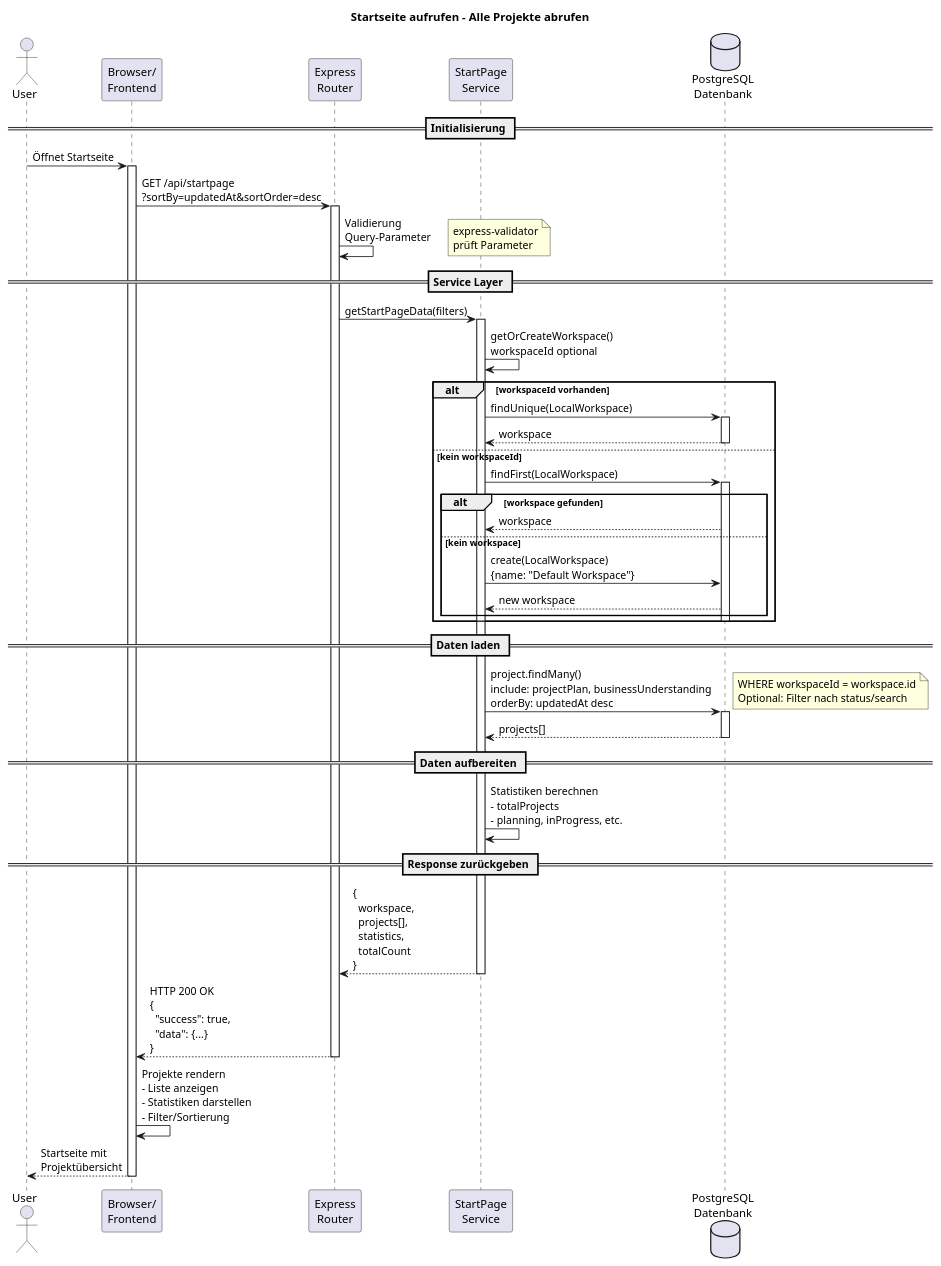
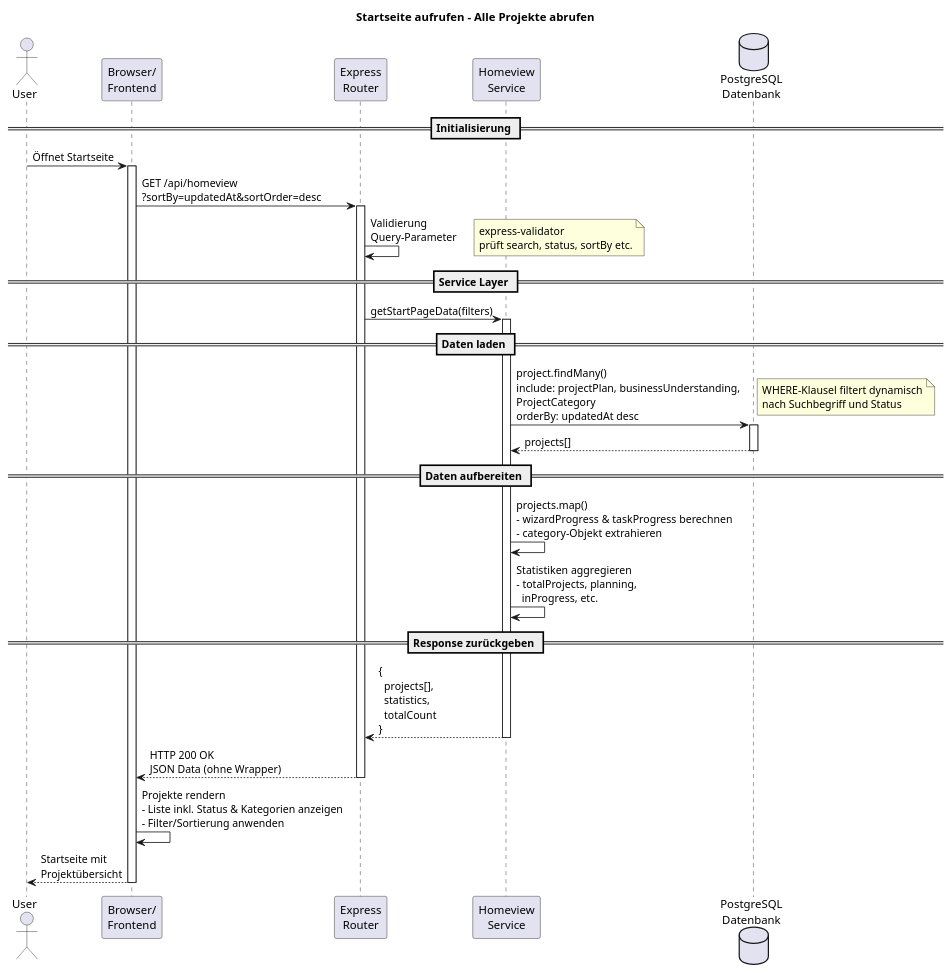
One commit to SoftwareprojektWIF25-26/Softwareprojekt changed the diagram in backend/diagramme/userfetchprojekts.puml. Above: the diagram before and after it, drawn with PlantUML. The commit also changed 16 other files, not shown here.

Commit message:
Anpassung an Tests und Diagrammen

```diff
--- a/backend/diagramme/userfetchprojekts.puml
+++ b/backend/diagramme/userfetchprojekts.puml
@@ -1,71 +1,52 @@
 @startuml
 title Startseite aufrufen - Alle Projekte abrufen
 
 actor "User" as user
 participant "Browser/\nFrontend" as browser
 participant "Express\nRouter" as router
-participant "StartPage\nService" as service
+participant "Homeview\nService" as service
 database "PostgreSQL\nDatenbank" as db
 
 == Initialisierung ==
 
 user -> browser: Öffnet Startseite
 activate browser
 
-browser -> router: GET /api/startpage\n?sortBy=updatedAt&sortOrder=desc
+browser -> router: GET /api/homeview\n?sortBy=updatedAt&sortOrder=desc
 activate router
 
 router -> router: Validierung\nQuery-Parameter
-note right: express-validator\nprüft Parameter
+note right: express-validator\nprüft search, status, sortBy etc.
 
 == Service Layer ==
 
 router -> service: getStartPageData(filters)
 activate service
 
-service -> service: getOrCreateWorkspace()\nworkspaceId optional
-
-alt workspaceId vorhanden
-    service -> db: findUnique(LocalWorkspace)
-    activate db
-    db --> service: workspace
-    deactivate db
-else kein workspaceId
-    service -> db: findFirst(LocalWorkspace)
-    activate db
-    alt workspace gefunden
-        db --> service: workspace
-    else kein workspace
-        service -> db: create(LocalWorkspace)\n{name: "Default Workspace"}
-        db --> service: new workspace
-    end
-    deactivate db
-end
-
 == Daten laden ==
 
-service -> db: project.findMany()\ninclude: projectPlan, businessUnderstanding\norderBy: updatedAt desc
+service -> db: project.findMany()\ninclude: projectPlan, businessUnderstanding,\nProjectCategory\norderBy: updatedAt desc
 activate db
-note right: WHERE workspaceId = workspace.id\nOptional: Filter nach status/search
+note right: WHERE-Klausel filtert dynamisch\nnach Suchbegriff und Status
 db --> service: projects[]
 deactivate db
 
 == Daten aufbereiten ==
 
-
-service -> service: Statistiken berechnen\n- totalProjects\n- planning, inProgress, etc.
+service -> service: projects.map()\n- wizardProgress & taskProgress berechnen\n- category-Objekt extrahieren
+service -> service: Statistiken aggregieren\n- totalProjects, planning,\n  inProgress, etc.
 
 == Response zurückgeben ==
 
-service --> router: {\n  workspace,\n  projects[],\n  statistics,\n  totalCount\n}
+service --> router: {\n  projects[],\n  statistics,\n  totalCount\n}
 deactivate service
 
-router --> browser: HTTP 200 OK\n{\n  "success": true,\n  "data": {...}\n}
+router --> browser: HTTP 200 OK\nJSON Data (ohne Wrapper)
 deactivate router
 
-browser -> browser: Projekte rendern\n- Liste anzeigen\n- Statistiken darstellen\n- Filter/Sortierung
+browser -> browser: Projekte rendern\n- Liste inkl. Status & Kategorien anzeigen\n- Filter/Sortierung anwenden
 
 browser --> user: Startseite mit\nProjektübersicht
 deactivate browser
 
 @enduml
```
